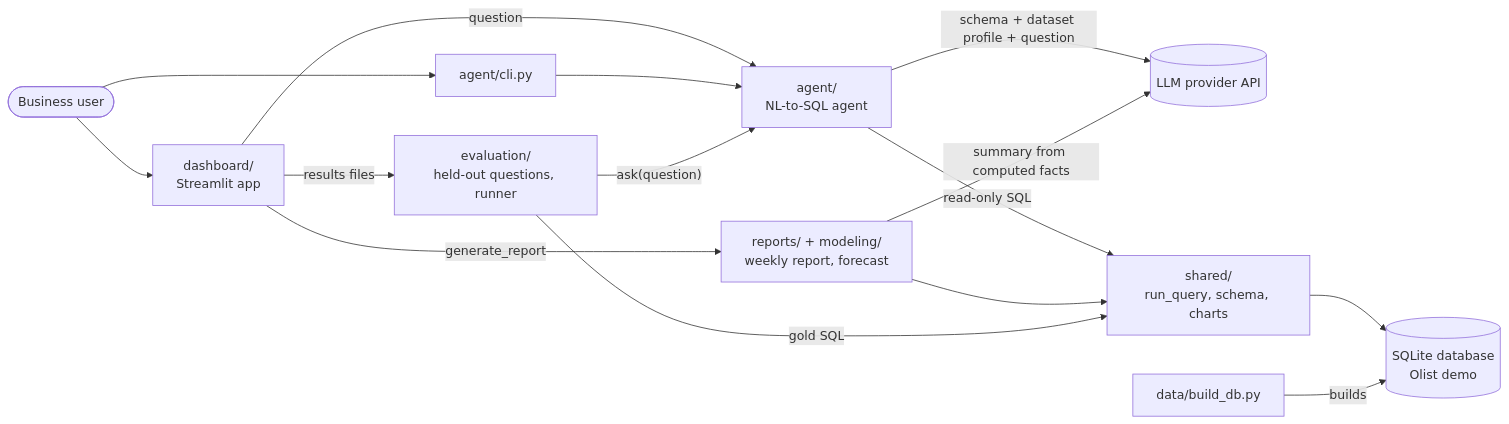
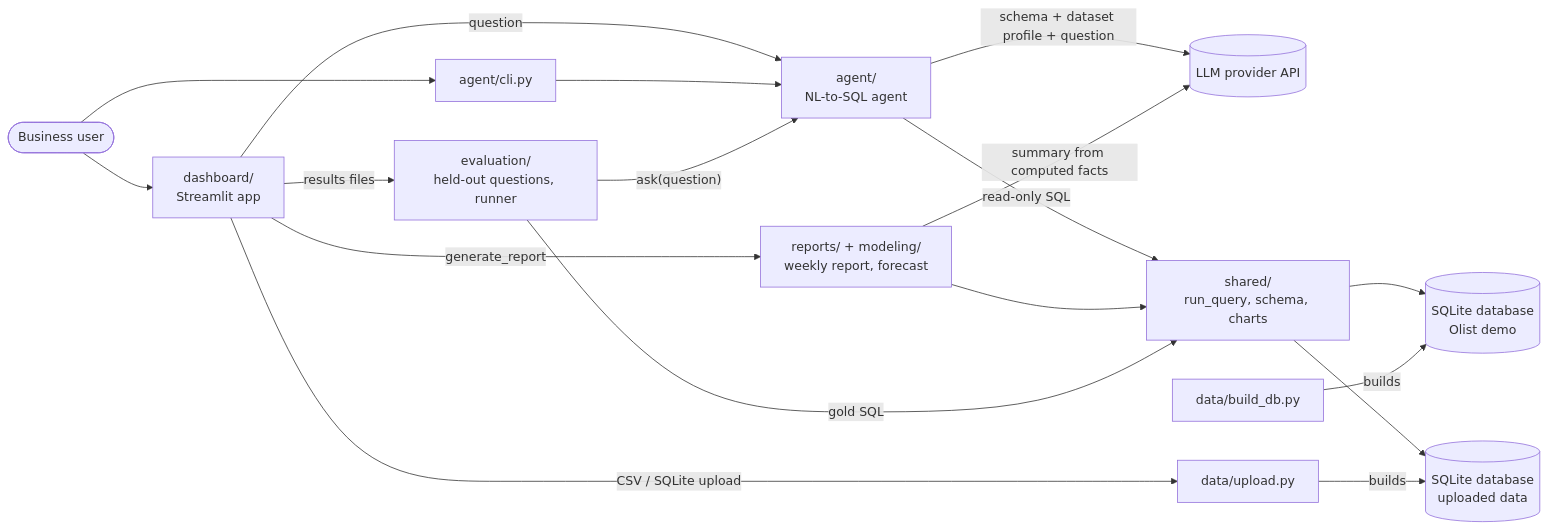
One commit to firennn/nl-data-assistant changed the diagram in README.md. Above: the diagram before and after it, drawn with Mermaid. The commit also changed other lines of this file and 29 other files, not shown here.

````diff
--- a/README.md
+++ b/README.md
@@ -28,17 +30,20 @@
 ```mermaid
 flowchart LR
     user(["Business user"]) --> dashboard["dashboard/<br/>Streamlit app"]
     user --> cli["agent/cli.py"]
     dashboard -->|question| agent["agent/<br/>NL-to-SQL agent"]
     cli --> agent
     agent -->|"schema + dataset profile + question"| llm[("LLM provider API")]
     agent -->|"read-only SQL"| shared["shared/<br/>run_query, schema, charts"]
     shared --> db[("SQLite database<br/>Olist demo")]
+    shared --> updb[("SQLite database<br/>uploaded data")]
+    dashboard -->|"CSV / SQLite upload"| upload["data/upload.py"]
+    upload -->|builds| updb
     reports["reports/ + modeling/<br/>weekly report, forecast"] --> shared
     reports -->|"summary from computed facts"| llm
     dashboard -->|"generate_report"| reports
     evaluation["evaluation/<br/>held-out questions, runner"] -->|"ask(question)"| agent
     evaluation -->|"gold SQL"| shared
     dashboard -->|"results files"| evaluation
     data["data/build_db.py"] -->|builds| db
 ```
````
